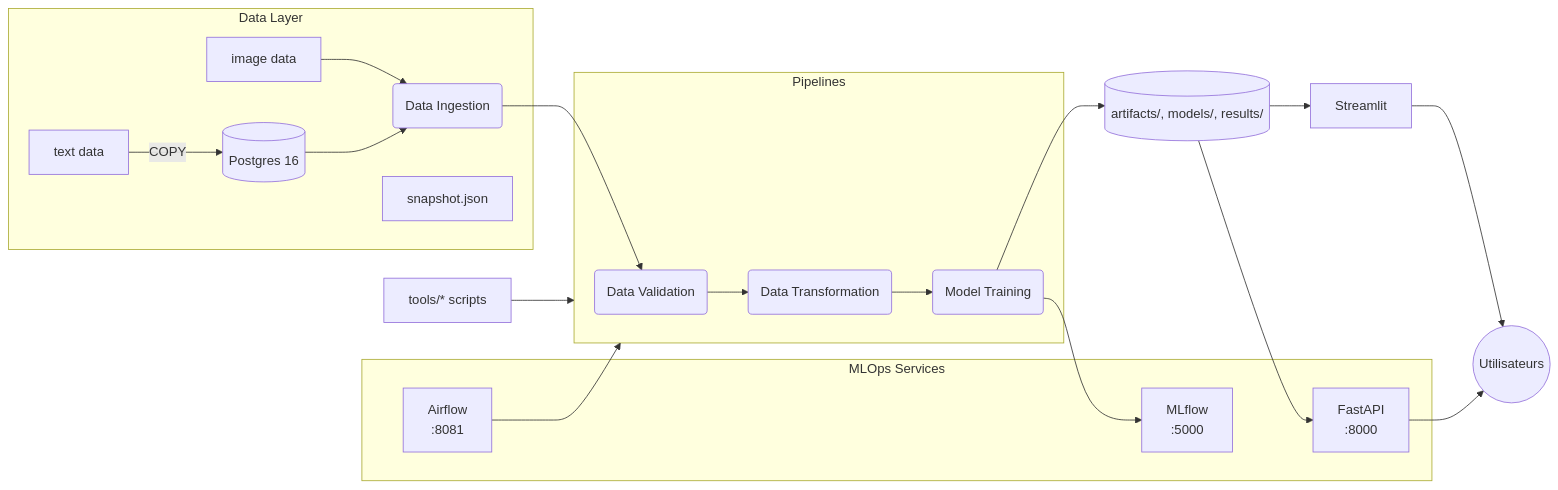
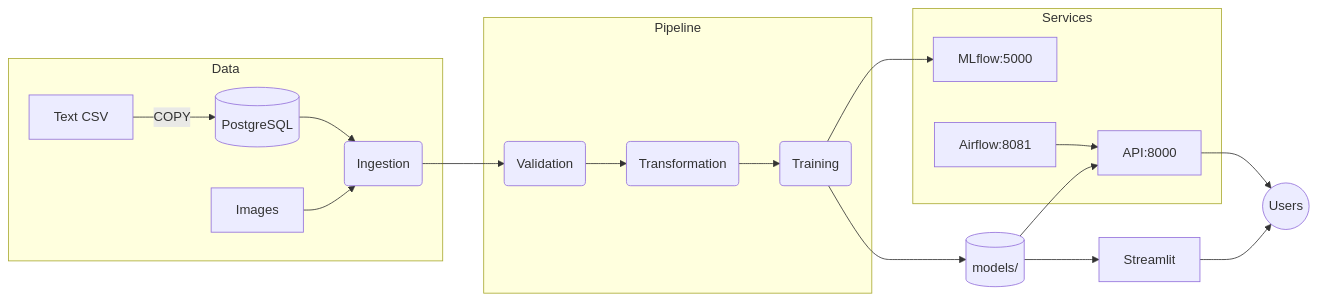
Before and after one commit to DataScientest-Studio/jun25_bmle_mlops_rakuten2: the diagram in README.md, drawn with Mermaid. The commit also changed other lines of this file, not shown here.

````diff
--- a/README.md
+++ b/README.md
@@ -18,29 +67,26 @@
 ```mermaid
 flowchart LR
-    subgraph Data Layer
-        CSV[text data] -->|COPY| PG[(Postgres 16)]
-        Images[image data] --> DI
-        snapshot[snapshot.json]
+    subgraph Data
+        CSV[Text CSV] -->|COPY| PG[(PostgreSQL)]
+        Images[Images] --> DI
     end
 
-    subgraph Pipelines
-        DI(Data Ingestion) --> DV(Data Validation) --> DT(Data Transformation)
-        DT --> MT(Model Training)
+    subgraph Pipeline
+        DI(Ingestion) --> DV(Validation) --> DT(Transformation) --> MT(Training)
     end
 
-    subgraph MLOps Services
-        MLflow[MLflow<br/>:5000]
-        API[FastAPI<br/>:8000]
-        Airflow[Airflow<br/>:8081]
+    subgraph Services
+        MLflow[MLflow:5000]
+        API[API:8000]
+        Airflow[Airflow:8081]
     end
 
     PG --> DI
     MT --> MLflow
-    MT --> Artifacts[(artifacts/, models/, results/)]
+    MT --> Artifacts[(models/)]
     Artifacts --> API
     Artifacts --> Streamlit
-    Airflow --> Pipelines
-    Streamlit --> Users((Utilisateurs))
-    API --> Users
-    tools[tools/* scripts] --> Pipelines
+    Airflow --> API
+    API --> Users((Users))
+    Streamlit --> Users
 ```
````
